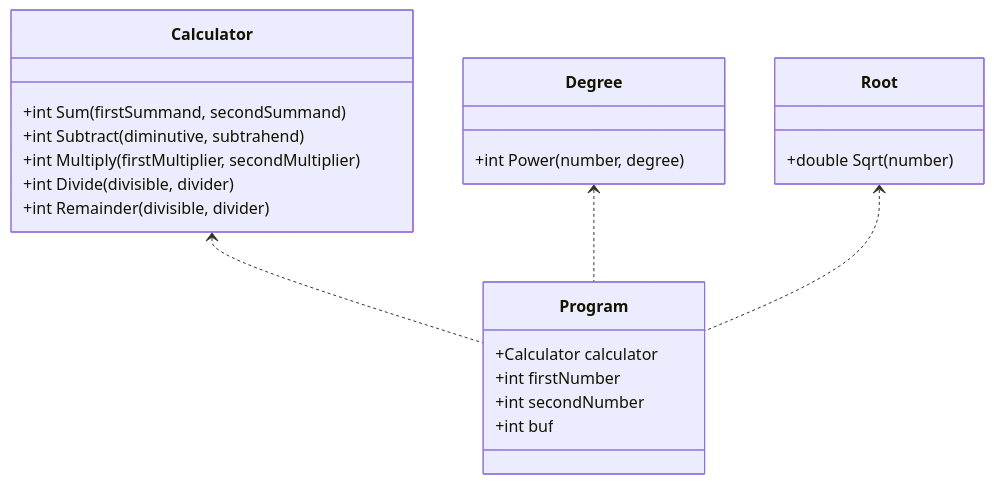
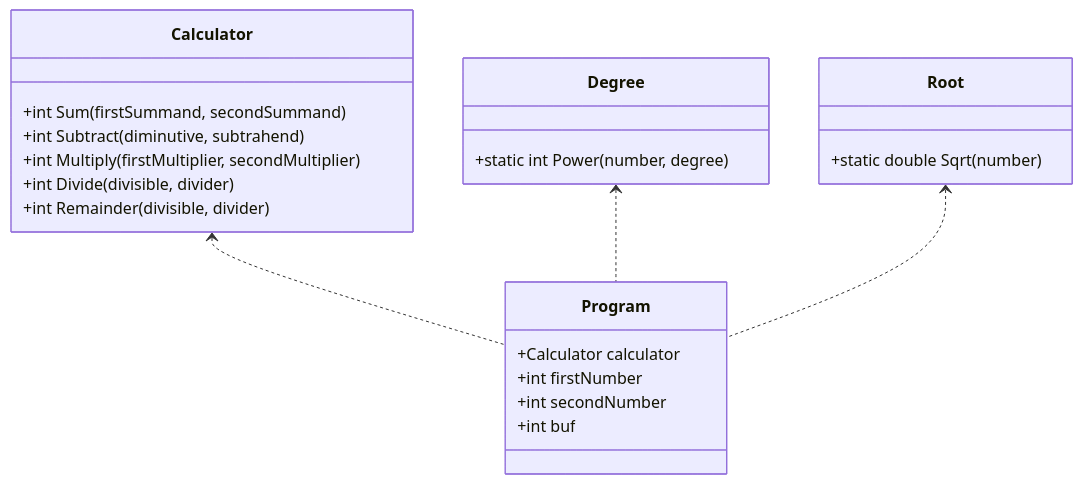
One commit to GONSHIK-790rus/PracticeUnitTest changed the diagram in README.md. Above: the diagram before and after it, drawn with Mermaid.

````diff
--- a/README.md
+++ b/README.md
@@ -1,25 +1,25 @@
 ```mermaid
 classDiagram
 class Program{
  +Calculator calculator
  +int firstNumber
  +int secondNumber
  +int buf
 }
 class Calculator{
  +int Sum(firstSummand, secondSummand)
  +int Subtract(diminutive, subtrahend)
  +int Multiply(firstMultiplier, secondMultiplier)
  +int Divide(divisible, divider)
  +int Remainder(divisible, divider)
 }
 class Degree{
- +int Power(number, degree)
+ +static int Power(number, degree)
 }
 class Root{
- +double Sqrt(number)
+ +static double Sqrt(number)
 }
 Calculator <.. Program
 Degree <.. Program
 Root <.. Program
 ```
````
